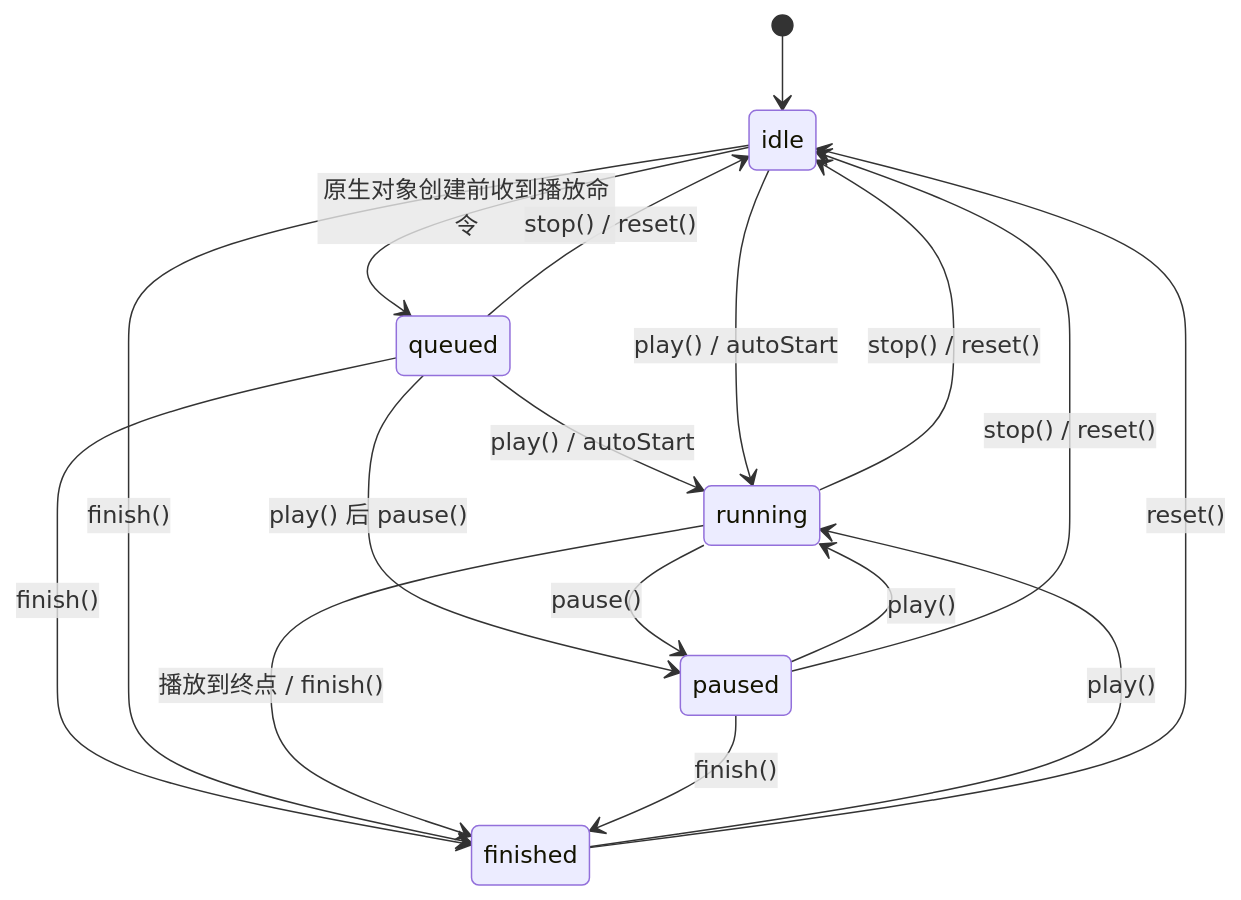
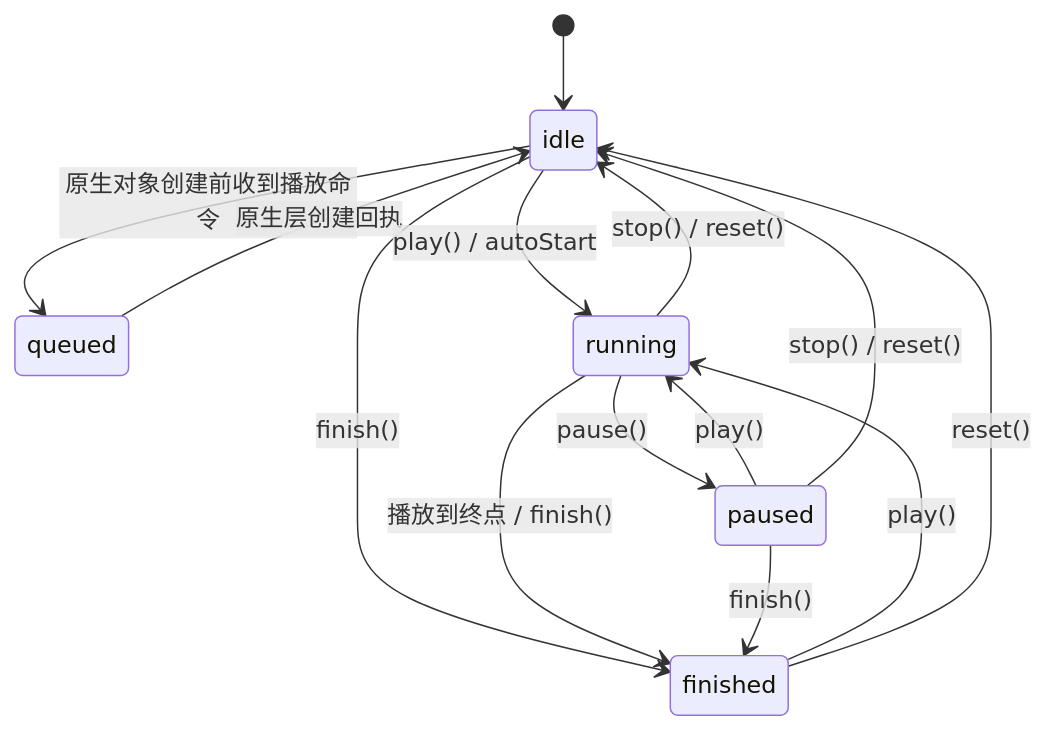
Before and after one commit to webspatial/webspatial-sdk: the diagram in openspec/changes/redesign-entity-motion-api/proposal.zh.md, drawn with Mermaid. The commit also changed other lines of this file and 7 other files, not shown here.

````diff
--- a/openspec/changes/redesign-entity-motion-api/proposal.zh.md
+++ b/openspec/changes/redesign-entity-motion-api/proposal.zh.md
@@ -403,19 +403,16 @@
 ```mermaid
 stateDiagram-v2
     [*] --> idle
     idle --> queued: 原生对象创建前收到播放命令
-    queued --> idle: stop() / reset()
-    queued --> running: play() / autoStart
-    queued --> paused: play() 后 pause()
-    queued --> finished: finish()
+    queued --> idle: 原生层创建回执
     idle --> running: play() / autoStart
     idle --> finished: finish()
     running --> paused: pause()
     paused --> running: play()
     running --> idle: stop() / reset()
     paused --> idle: stop() / reset()
     running --> finished: 播放到终点 / finish()
     paused --> finished: finish()
     finished --> running: play()
     finished --> idle: reset()
 ```
````
